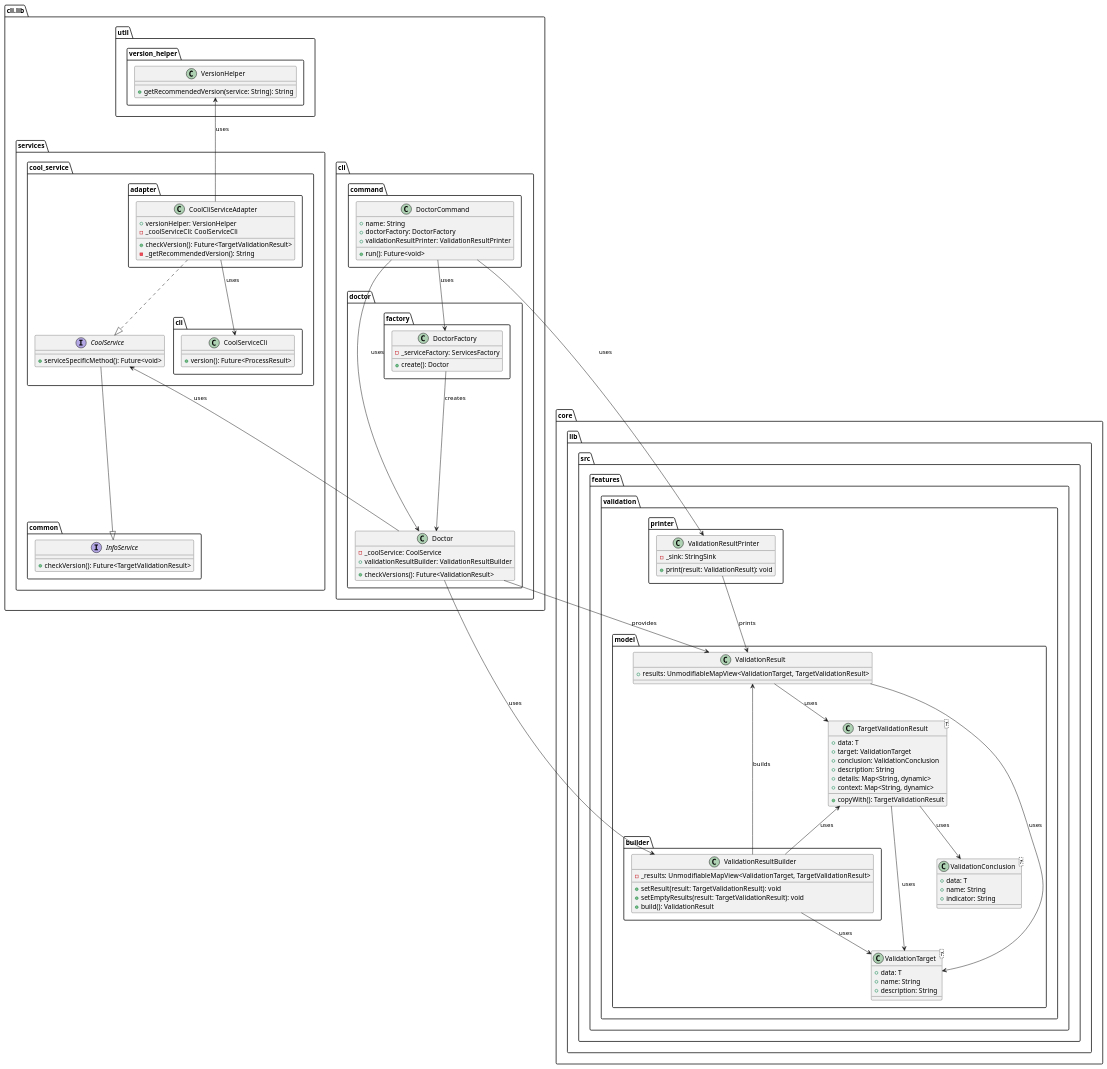
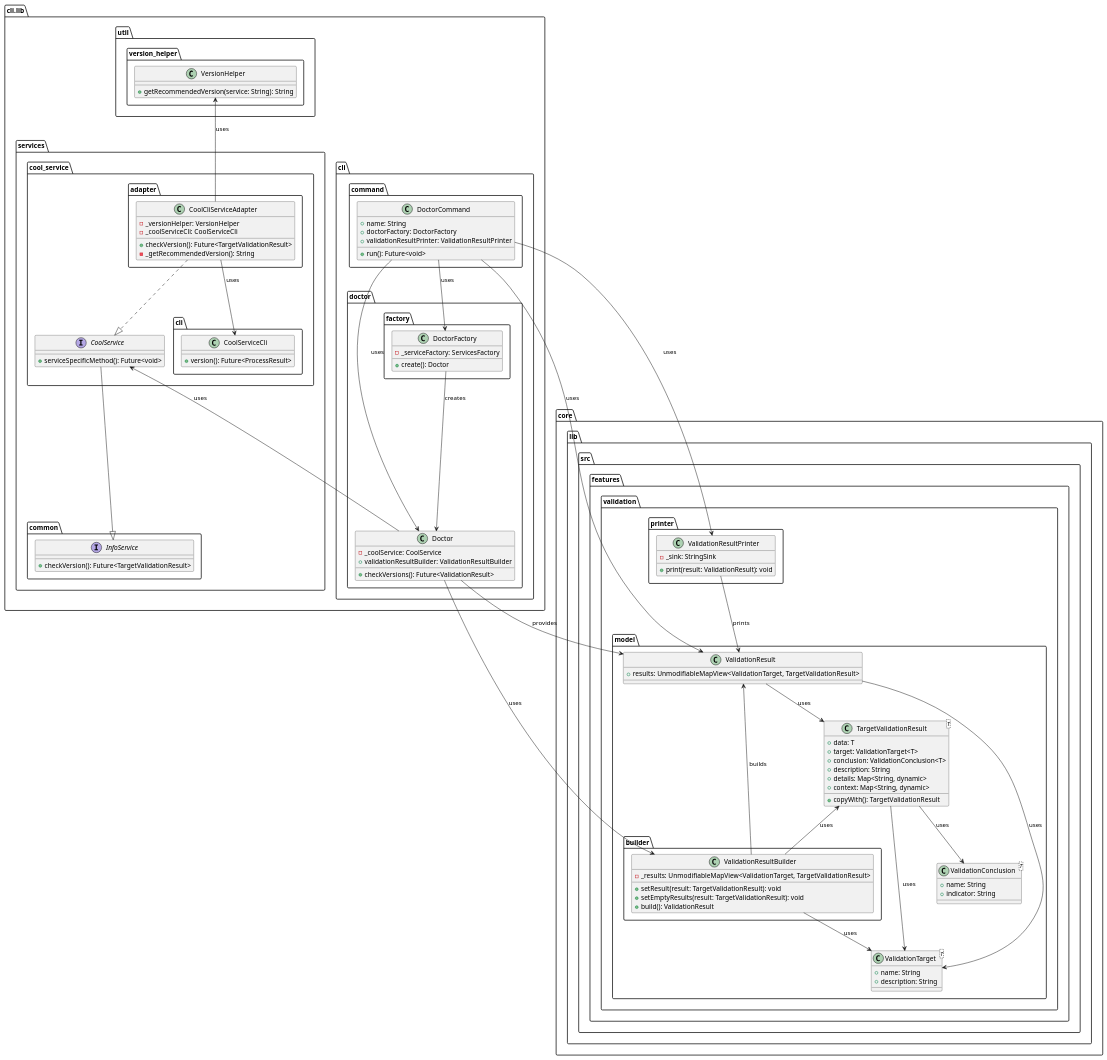
Before and after one commit to Flank/flank-dashboard: the diagram in metrics/cli/docs/features/doctor_output_improvements/diagrams/doctor_output_improvements_class_diagram.puml, drawn with PlantUML. The commit also changed 5 other files, not shown here.

```diff
--- a/metrics/cli/docs/features/doctor_output_improvements/diagrams/doctor_output_improvements_class_diagram.puml
+++ b/metrics/cli/docs/features/doctor_output_improvements/diagrams/doctor_output_improvements_class_diagram.puml
@@ -1,149 +1,148 @@
 @startuml doctor_output_improvements_class_diagram
 
 package cli.lib as cli_lib {
     package cli {
         package command {
             class DoctorCommand {
                 + name: String
                 + doctorFactory: DoctorFactory
                 + validationResultPrinter: ValidationResultPrinter
 
                 + run(): Future<void>
             }
         }
 
         package doctor {
             package factory as doctor_factory {
                 class DoctorFactory {
                     - _serviceFactory: ServicesFactory
 
                     + create(): Doctor
                 }
             }
 
             class Doctor {
                 - _coolService: CoolService
                 + validationResultBuilder: ValidationResultBuilder
 
                 + checkVersions(): Future<ValidationResult>
             }
         }
     }
 
     package services {
         package common as services_common {
             interface InfoService {
                 + checkVersion(): Future<TargetValidationResult>
             }
         }
 
         package cool_service {
             package adapter {
                 class CoolCliServiceAdapter {
-                    + versionHelper: VersionHelper
+                    - _versionHelper: VersionHelper
                     - _coolServiceCli: CoolServiceCli
 
                     + checkVersion(): Future<TargetValidationResult>
                     - _getRecommendedVersion(): String
                 }
             }
 
             package cli as cool_service_cli {
                 class CoolServiceCli {
                     + version(): Future<ProcessResult>
                 }
             }
 
             interface CoolService {
                 + serviceSpecificMethod(): Future<void>
             }
         }
     }
 
     package util.version_helper {
         class VersionHelper {
             + getRecommendedVersion(service: String): String
         }
     }
 }
 
 package core.lib.src.features.validation {
     package model {
         package builder {
             class ValidationResultBuilder {
                 - _results: UnmodifiableMapView<ValidationTarget, TargetValidationResult>
 
                 + setResult(result: TargetValidationResult): void
                 + setEmptyResults(result: TargetValidationResult): void
                 + build(): ValidationResult
             }
         }
 
         class ValidationTarget<T> {
-            + data: T
             + name: String
             + description: String
         }
 
         class ValidationConclusion<T> {
-            + data: T
             + name: String
             + indicator: String
         }
 
         class TargetValidationResult<T> {
             + data: T
-            + target: ValidationTarget
-            + conclusion: ValidationConclusion
+            + target: ValidationTarget<T>
+            + conclusion: ValidationConclusion<T>
             + description: String
             + details: Map<String, dynamic>
             + context: Map<String, dynamic>
 
             + copyWith(): TargetValidationResult
         }
 
         class ValidationResult{
             + results: UnmodifiableMapView<ValidationTarget, TargetValidationResult>
         }
     }
 
     package printer {
         class ValidationResultPrinter{
             - _sink: StringSink
 
             + print(result: ValidationResult): void
         }
     }
 }
 
 TargetValidationResult --> ValidationTarget : uses
 TargetValidationResult --> ValidationConclusion : uses
 
 ValidationResult --> TargetValidationResult : uses
 ValidationResult --> ValidationTarget : uses
 
 ValidationResultBuilder -up-> ValidationResult : builds
 ValidationResultBuilder --> ValidationTarget : uses
 ValidationResultBuilder -up-> TargetValidationResult : uses
 
 ValidationResultPrinter --> ValidationResult : prints
 
 DoctorCommand --> DoctorFactory : uses
 DoctorCommand --> ValidationResultPrinter : uses
 DoctorCommand --> Doctor : uses
+DoctorCommand --> ValidationResult : uses
 
 DoctorFactory --> Doctor : creates
 
 Doctor --> ValidationResultBuilder : uses
 Doctor --> ValidationResult : provides
 Doctor -up-> CoolService : uses
 
 CoolCliServiceAdapter ..|> CoolService
 CoolCliServiceAdapter --> CoolServiceCli : uses
 CoolCliServiceAdapter -up-> VersionHelper : uses
 
 CoolService --|> InfoService
 
 DoctorCommand -[hidden]left-> CoolCliServiceAdapter
 
 @enduml
```
